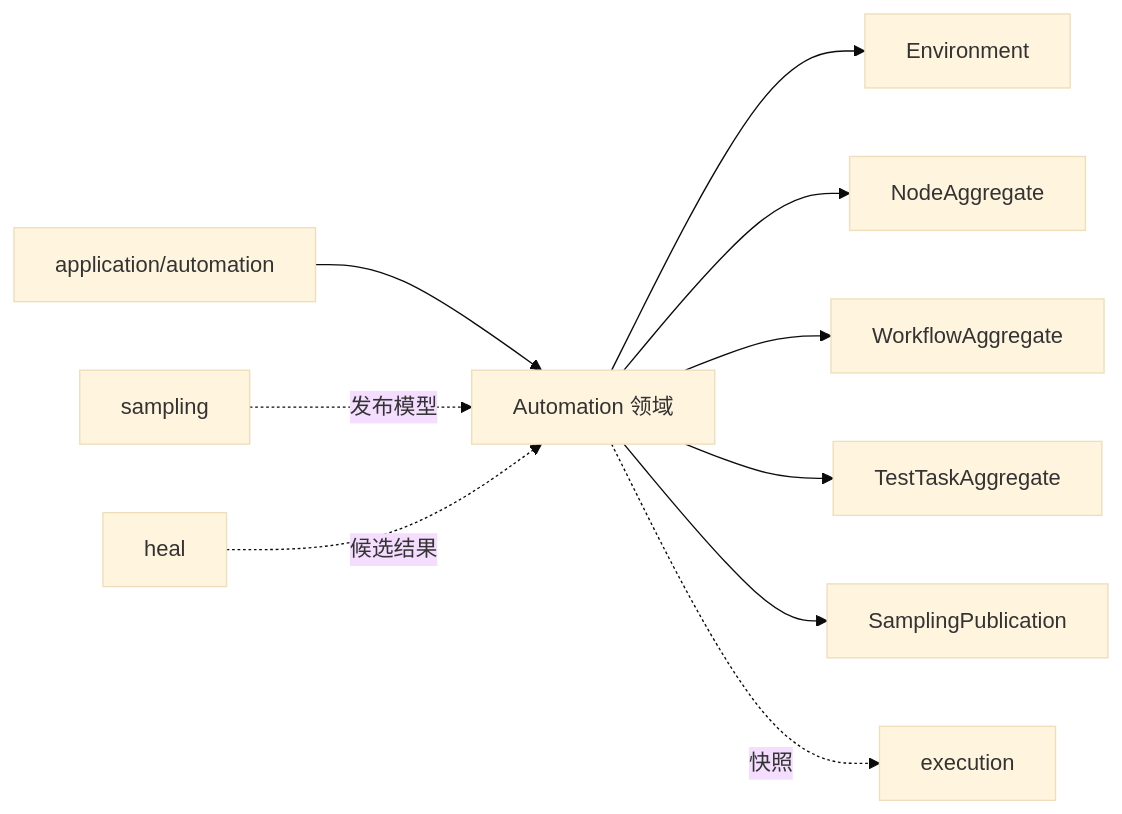
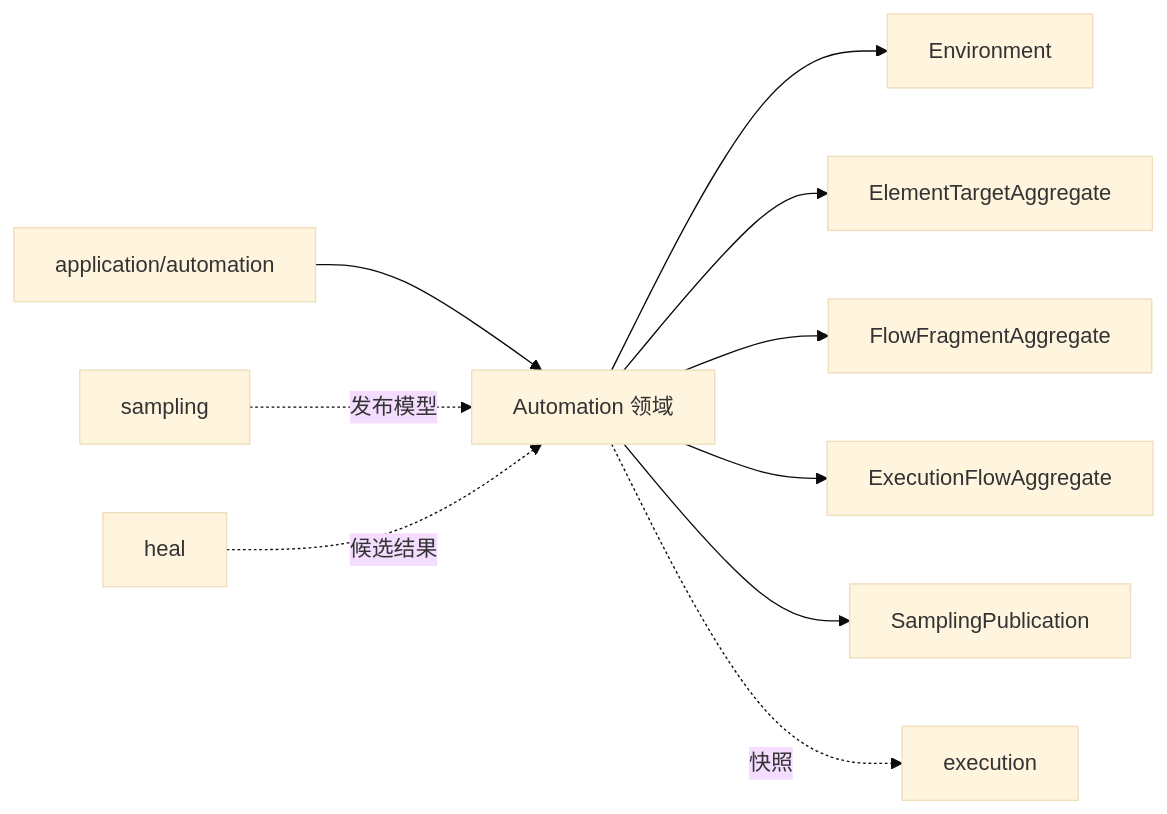
One commit to Capsule7446/healix-core changed the first of 2 diagrams in docs/domains/automation.md. Above: the diagram before and after it, drawn with Mermaid (base theme). The commit also changed other lines of this file and 380 other files, not shown here.

````diff
--- a/docs/domains/automation.md
+++ b/docs/domains/automation.md
@@ -6,12 +9,12 @@
 ```mermaid
 flowchart LR
   App[application/automation] --> A[Automation 领域]
   A --> Env[Environment]
-  A --> Node[NodeAggregate]
-  A --> WF[WorkflowAggregate]
-  A --> Task[TestTaskAggregate]
+  A --> Node[ElementTargetAggregate]
+  A --> WF[FlowFragmentAggregate]
+  A --> Task[ExecutionFlowAggregate]
   A --> Pub[SamplingPublication]
   A -.快照.-> Exec[execution]
   Sampling[sampling] -.发布模型.-> A
   Heal[heal] -.候选结果.-> A
 ```
````
